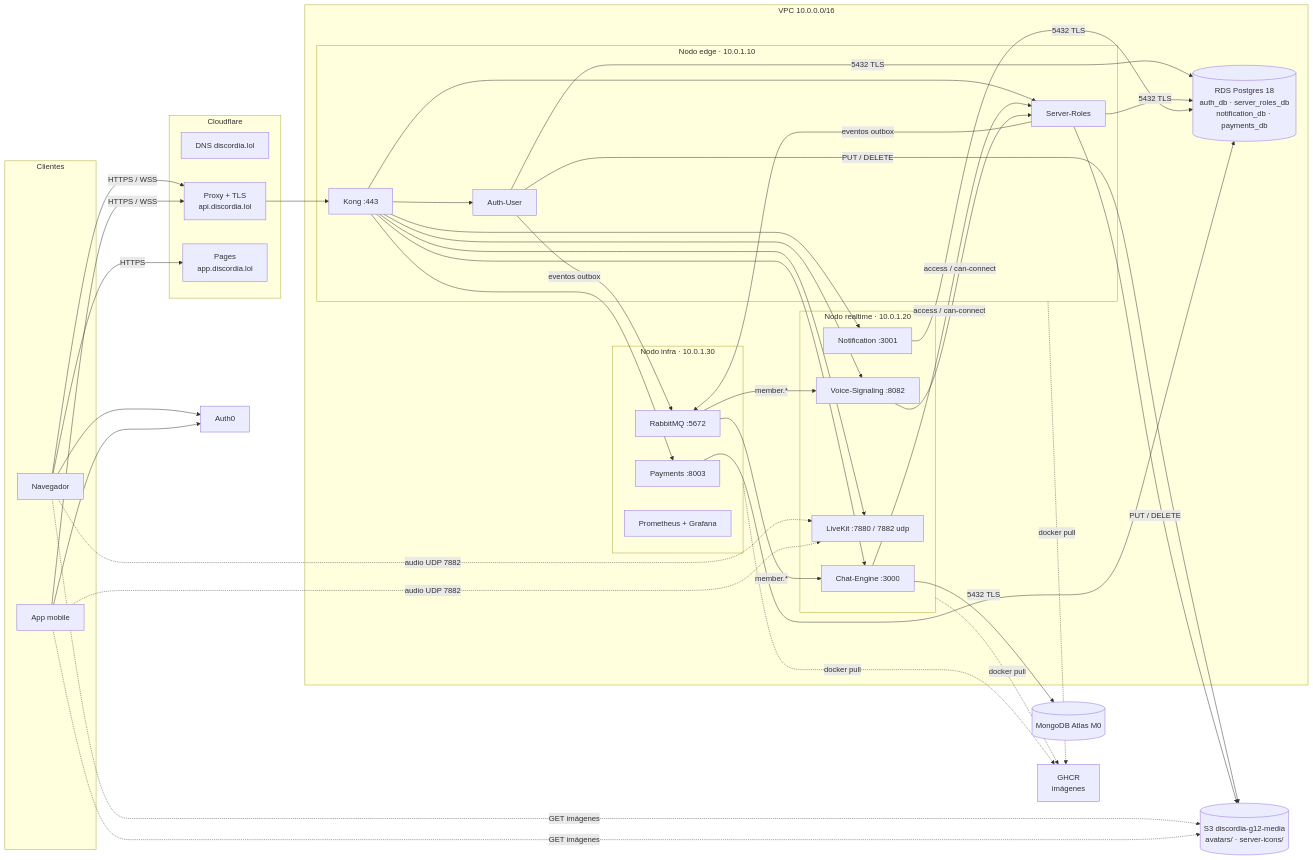
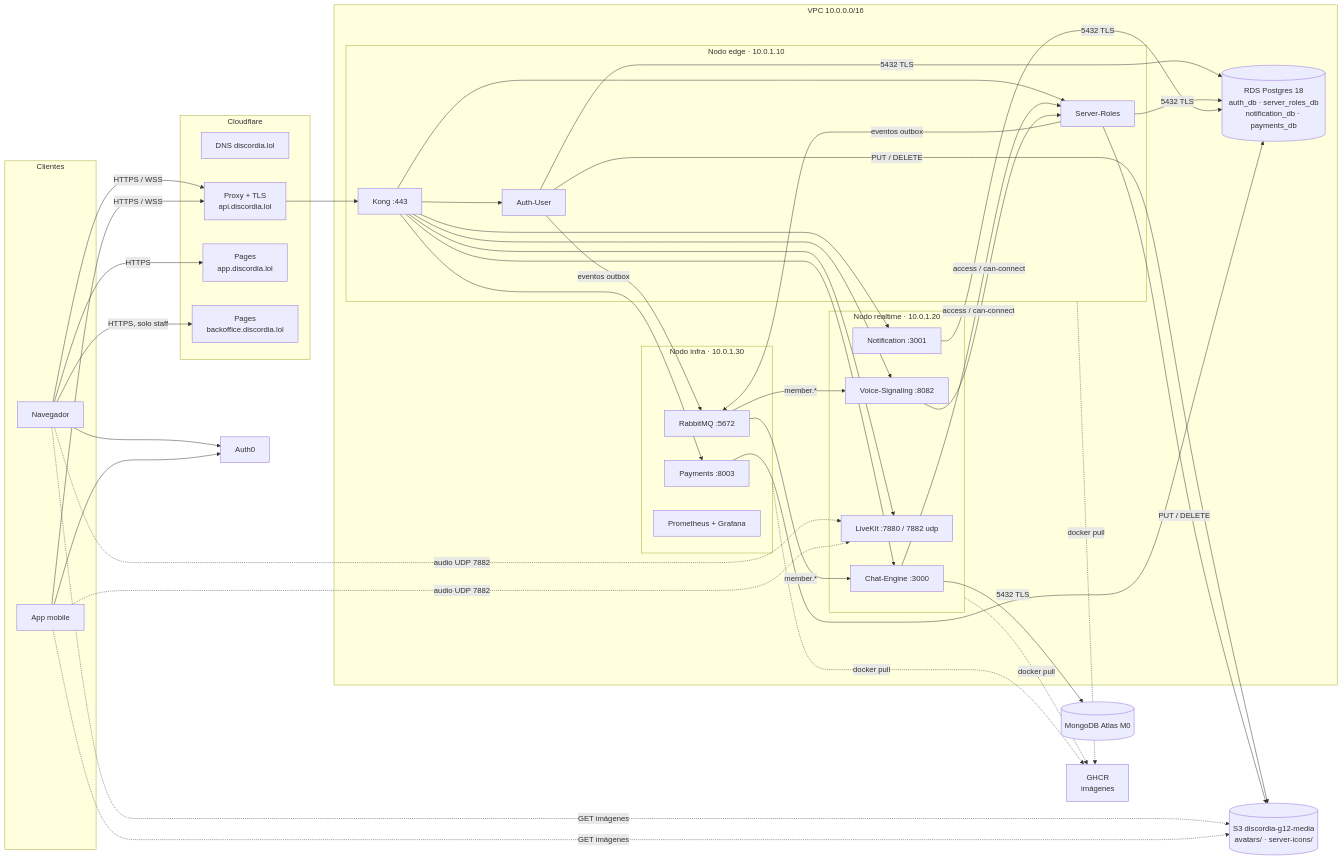
The first of 7 diagrams in docs/ARQUITECTURA.md (discordia-g12/discordia-orchestrator), drawn with Mermaid before and after one commit. The commit also changed other lines of this file and 4 other files, not shown here.

````diff
--- a/docs/ARQUITECTURA.md
+++ b/docs/ARQUITECTURA.md
@@ -49,57 +49,59 @@
 ```mermaid
 flowchart LR
     subgraph Clientes
         WEB[Navegador]
         APK[App mobile]
     end
 
     subgraph CF[Cloudflare]
         DNS[DNS discordia.lol]
         PROXY[Proxy + TLS<br/>api.discordia.lol]
         PAGES[Pages<br/>app.discordia.lol]
+        BO[Pages<br/>backoffice.discordia.lol]
     end
 
     subgraph VPC[VPC 10.0.0.0/16]
         subgraph EDGE[Nodo edge · 10.0.1.10]
             KONG[Kong :443]
             AUTH[Auth-User]
             SR[Server-Roles]
         end
 
         subgraph RT[Nodo realtime · 10.0.1.20]
             CHAT[Chat-Engine :3000]
             VOICE[Voice-Signaling :8082]
             LK[LiveKit :7880 / 7882 udp]
             NOTIF[Notification :3001]
         end
 
         subgraph INF[Nodo infra · 10.0.1.30]
             RMQ[RabbitMQ :5672]
             PAY[Payments :8003]
             PROM[Prometheus + Grafana]
         end
 
         RDS[(RDS Postgres 18<br/>auth_db · server_roles_db<br/>notification_db · payments_db)]
     end
 
     ATLAS[(MongoDB Atlas M0)]
     S3[(S3 discordia-g12-media<br/>avatars/ · server-icons/)]
     AUTH0[Auth0]
     GHCR[GHCR<br/>imágenes]
 
     WEB -->|HTTPS| PAGES
+    WEB -->|HTTPS, solo staff| BO
     WEB & APK -.->|GET imágenes| S3
     AUTH & SR -->|PUT / DELETE| S3
     WEB & APK -->|HTTPS / WSS| PROXY --> KONG
     WEB & APK -.->|audio UDP 7882| LK
     KONG --> AUTH & SR
     KONG --> CHAT & VOICE & NOTIF & LK
     KONG --> PAY
     AUTH & SR & NOTIF & PAY -->|5432 TLS| RDS
     CHAT --> ATLAS
     AUTH & SR -->|eventos outbox| RMQ
     RMQ -->|member.*| CHAT & VOICE
     CHAT & VOICE -->|access / can-connect| SR
     WEB & APK --> AUTH0
     EDGE & RT & INF -.->|docker pull| GHCR
 ```
````
